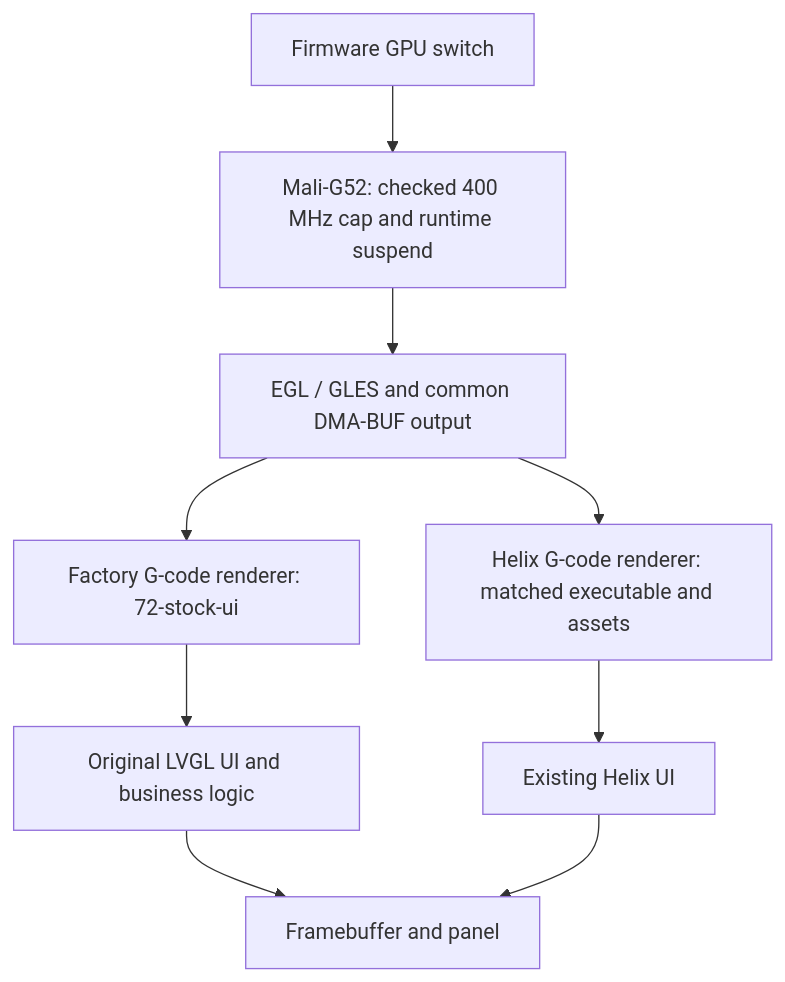
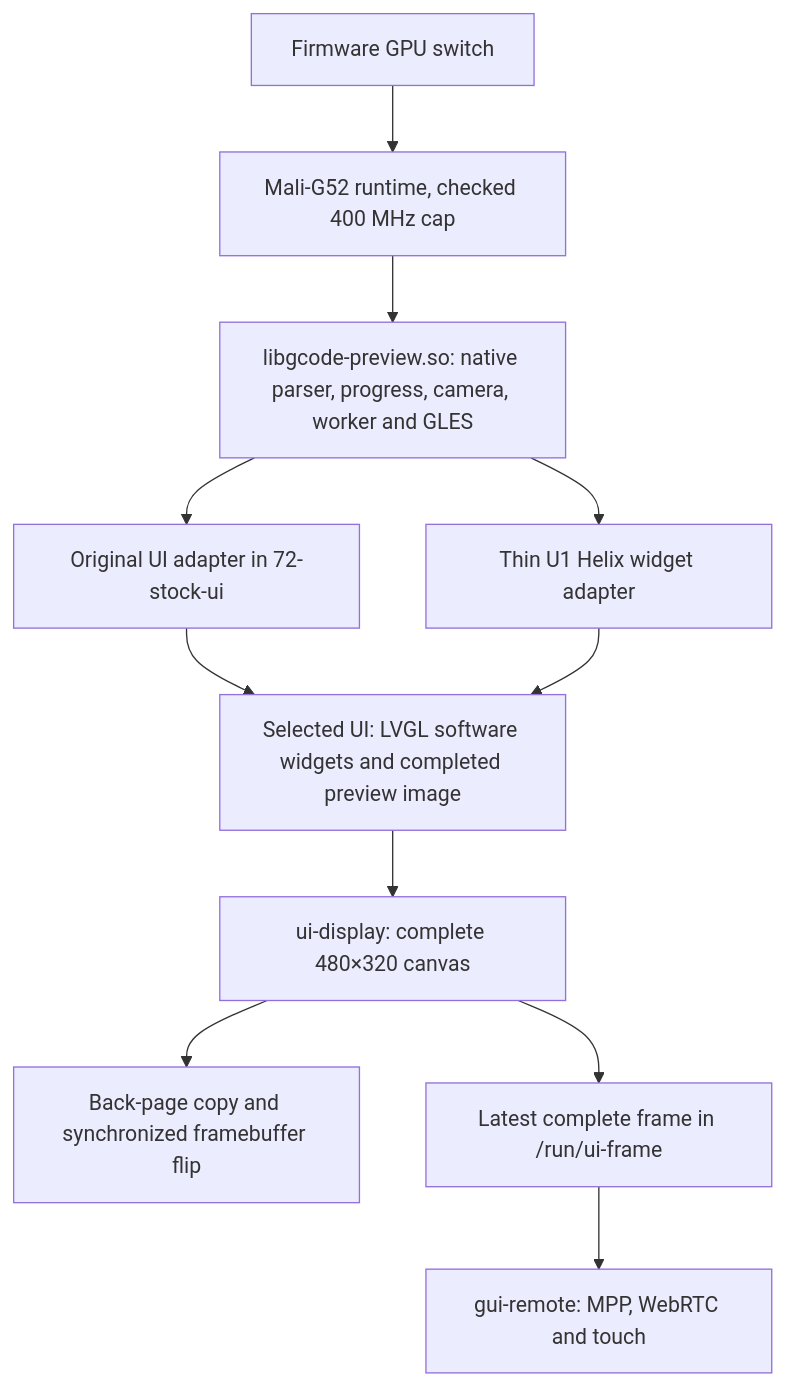
The diagram in docs/gpu-architecture.md (BICHENG/SnapmakerU1-Extended-Firmware), drawn with Mermaid before and after one commit. The commit also changed other lines of this file and 1 other file, not shown here.

Commit message:
Document one G-code engine and GPU-independent display synchronization [skip ci]

````diff
--- a/docs/gpu-architecture.md
+++ b/docs/gpu-architecture.md
@@ -15,11 +16,13 @@
 ```mermaid
 flowchart TD
-    setting["Firmware GPU switch"] --> runtime["Mali-G52: checked 400 MHz cap and runtime suspend"]
-    runtime --> output["EGL / GLES and common DMA-BUF output"]
-    output --> stock["Factory G-code renderer: 72-stock-ui"]
-    output --> helix["Helix G-code renderer: matched executable and assets"]
-    stock --> native["Original LVGL UI and business logic"]
-    helix --> helixui["Existing Helix UI"]
-    native --> fb["Framebuffer and panel"]
-    helixui --> fb
+    setting["Firmware GPU switch"] --> runtime["Mali-G52 runtime, checked 400 MHz cap"]
+    runtime --> shared["libgcode-preview.so: native parser, progress, camera, worker and GLES"]
+    shared --> stock["Original UI adapter in 72-stock-ui"]
+    shared --> helix["Thin U1 Helix widget adapter"]
+    stock --> lvgl["Selected UI: LVGL software widgets and completed preview image"]
+    helix --> lvgl
+    lvgl --> presenter["ui-display: complete 480×320 canvas"]
+    presenter --> panel["Back-page copy and synchronized framebuffer flip"]
+    presenter --> snapshot["Latest complete frame in /run/ui-frame"]
+    snapshot --> remote["gui-remote: MPP, WebRTC and touch"]
 ```
````
